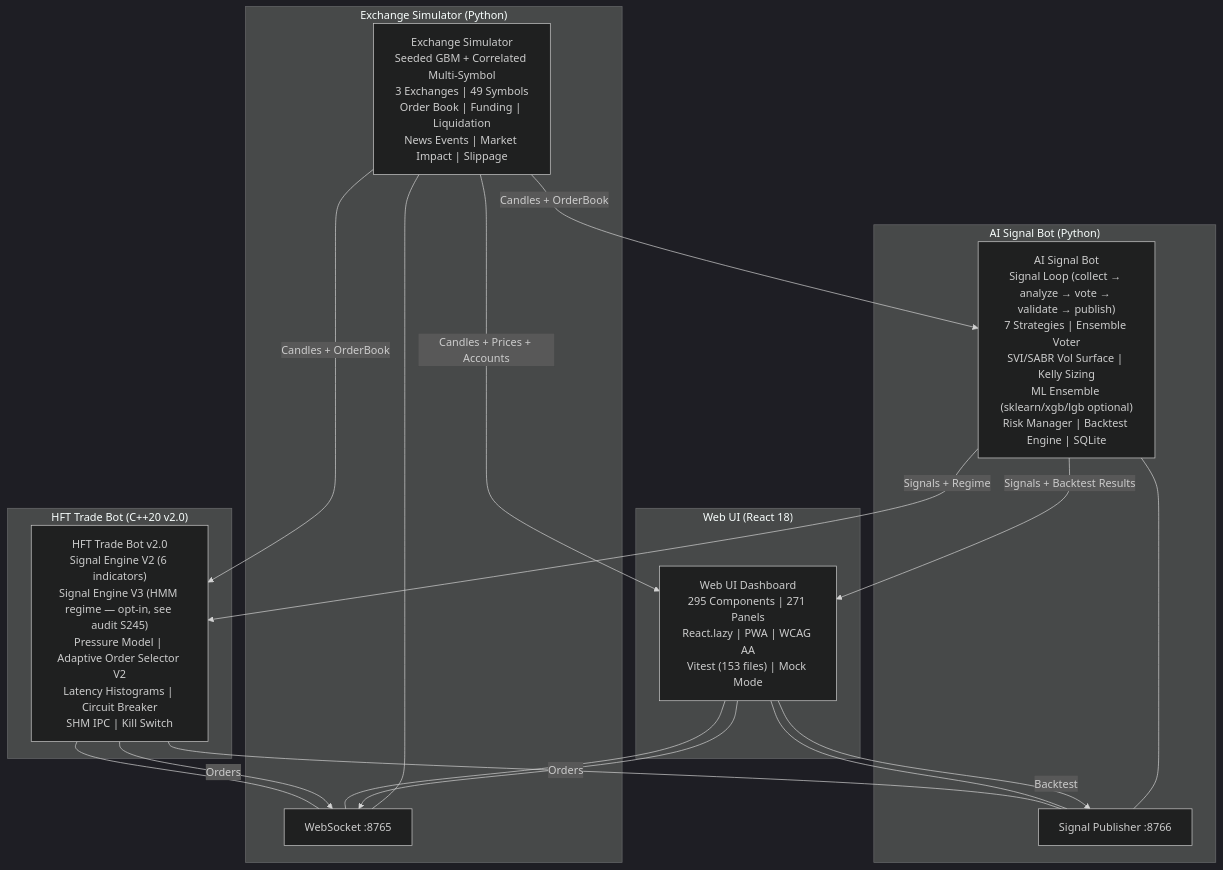
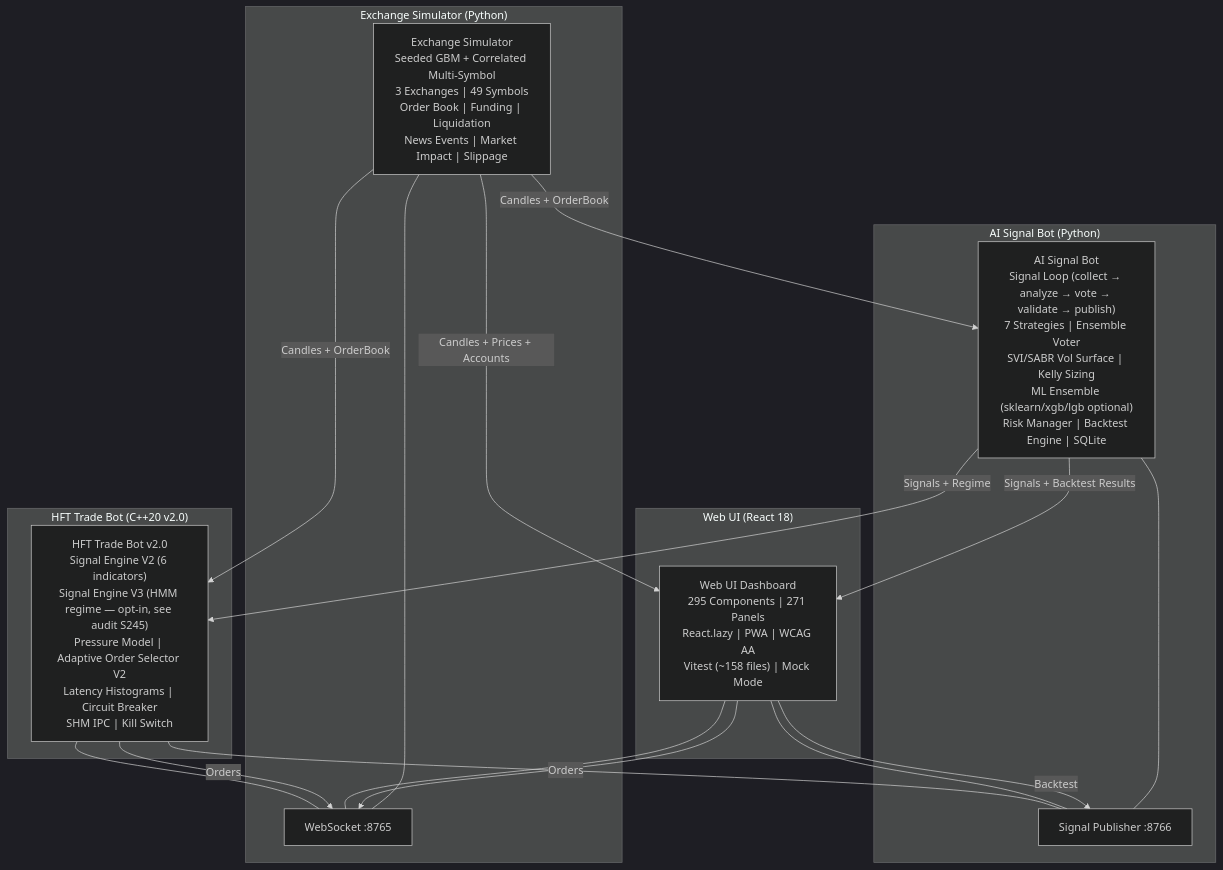
The first of 2 diagrams in docs/ARCHITECTURE.md (ezpectus/HFT-trading-simulator), drawn with Mermaid (dark theme) before and after one commit. The commit also changed other lines of this file and 5 other files, not shown here.

````diff
--- a/docs/ARCHITECTURE.md
+++ b/docs/ARCHITECTURE.md
@@ -71,35 +71,35 @@
 ```mermaid
 graph TB
     subgraph "Exchange Simulator (Python)"
         ES["Exchange Simulator<br/>Seeded GBM + Correlated Multi-Symbol<br/>3 Exchanges | 49 Symbols<br/>Order Book | Funding | Liquidation<br/>News Events | Market Impact | Slippage"]
         WS8765[WebSocket :8765]
         WS8765 --- ES
     end
 
     subgraph "AI Signal Bot (Python)"
         AI["AI Signal Bot<br/>Signal Loop (collect → analyze → vote → validate → publish)<br/>7 Strategies | Ensemble Voter<br/>SVI/SABR Vol Surface | Kelly Sizing<br/>ML Ensemble (sklearn/xgb/lgb optional)<br/>Risk Manager | Backtest Engine | SQLite"]
         WS8766[Signal Publisher :8766]
         WS8766 --- AI
     end
 
     subgraph "HFT Trade Bot (C++20 v2.0)"
         HFT["HFT Trade Bot v2.0<br/>Signal Engine V2 (6 indicators)<br/>Signal Engine V3 (HMM regime — opt-in, see audit S245)<br/>Pressure Model | Adaptive Order Selector V2<br/>Latency Histograms | Circuit Breaker<br/>SHM IPC | Kill Switch"]
         HFT --- WS8765
         HFT --- WS8766
         HFT -->|Orders| WS8765
     end
 
     subgraph "Web UI (React 18)"
-        UI["Web UI Dashboard<br/>295 Components | 271 Panels<br/>React.lazy | PWA | WCAG AA<br/>Vitest (153 files) | Mock Mode"]
+        UI["Web UI Dashboard<br/>295 Components | 271 Panels<br/>React.lazy | PWA | WCAG AA<br/>Vitest (~158 files) | Mock Mode"]
         UI --- WS8765
         UI --- WS8766
         UI -->|Orders| WS8765
         UI -->|Backtest| WS8766
     end
 
     ES -->|Candles + OrderBook| AI
     ES -->|Candles + OrderBook| HFT
     ES -->|Candles + Prices + Accounts| UI
     AI -->|Signals + Regime| HFT
     AI -->|Signals + Backtest Results| UI
 ```
````
